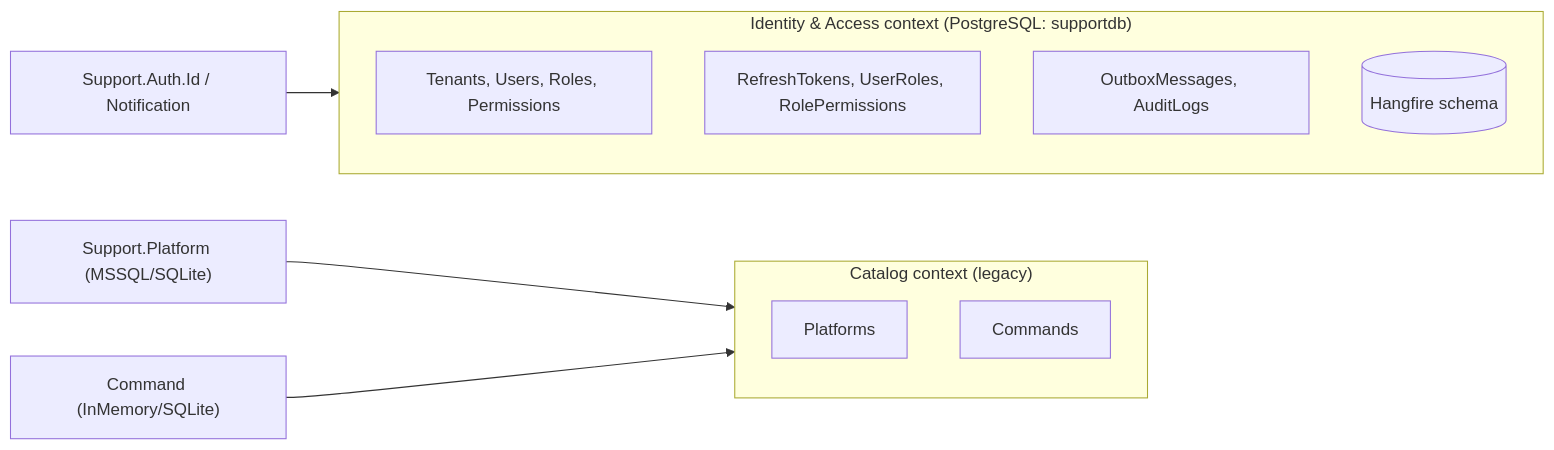
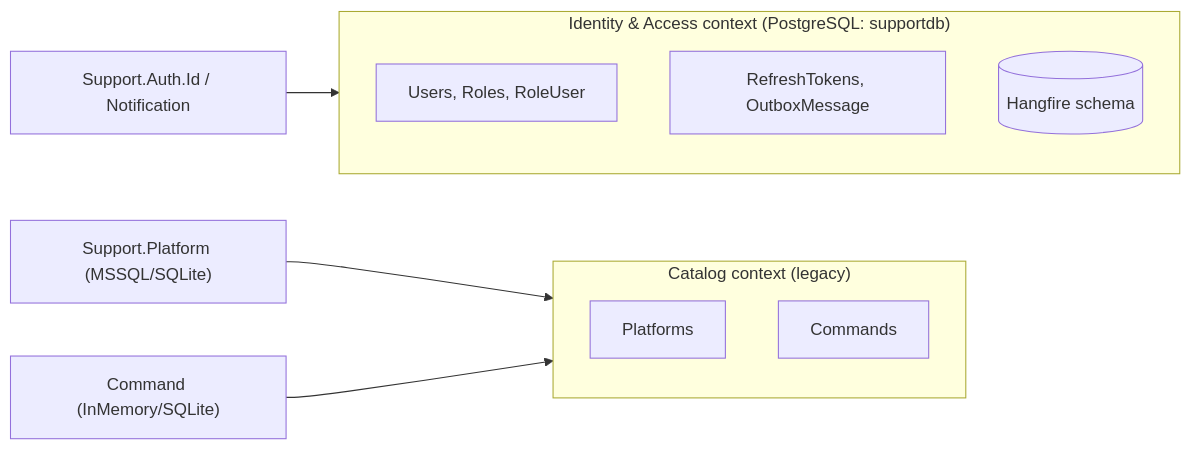
The first of 16 diagrams in ARCHITECTURE.md (haddinz/S1), drawn with Mermaid before and after one commit. The commit also changed other lines of this file and 4 other files, not shown here.

````diff
--- a/ARCHITECTURE.md
+++ b/ARCHITECTURE.md
@@ -106,18 +117,17 @@
 ```mermaid
 flowchart LR
   subgraph IAM["Identity & Access context (PostgreSQL: supportdb)"]
     direction TB
-    A1[Tenants, Users, Roles, Permissions]
-    A2[RefreshTokens, UserRoles, RolePermissions]
-    A3[OutboxMessages, AuditLogs]
-    A4[(Hangfire schema)]
+    A1[Users, Roles, RoleUser]
+    A2[RefreshTokens, OutboxMessage]
+    A3[(Hangfire schema)]
   end
   subgraph CAT["Catalog context (legacy)"]
     direction TB
     B1[Platforms]
     B2[Commands]
   end
   AUTH["Support.Auth.Id / Notification"] --> IAM
   PLAT["Support.Platform (MSSQL/SQLite)"] --> CAT
   CMD["Command (InMemory/SQLite)"] --> CAT
 ```
````
